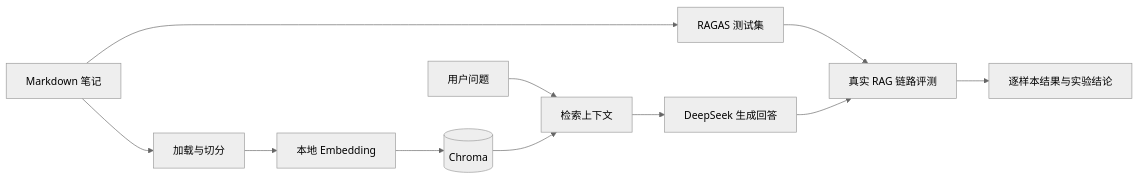
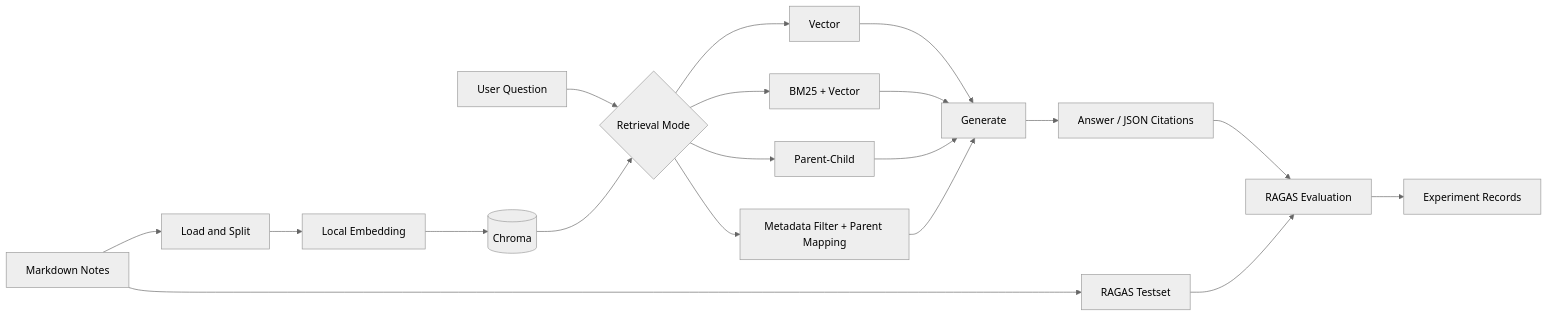
The diagram in README.md (WenEnguang/RAG), drawn with Mermaid (neutral theme) before and after one commit. The commit also changed other lines of this file, not shown here.

````diff
--- a/README.md
+++ b/README.md
@@ -63,15 +31,23 @@
 ```mermaid
 flowchart LR
-    A[Markdown 笔记] --> B[加载与切分]
-    B --> C[本地 Embedding]
+    A[Markdown Notes] --> B[Load and Split]
+    B --> C[Local Embedding]
     C --> D[(Chroma)]
 
-    Q[用户问题] --> R[检索上下文]
-    D --> R
-    R --> G[DeepSeek 生成回答]
+    Q[User Question] --> M{Retrieval Mode}
+    D --> M
+    M --> V[Vector]
+    M --> H[BM25 + Vector]
+    M --> P[Parent-Child]
+    M --> S[Metadata Filter + Parent Mapping]
+    V --> G[Generate]
+    H --> G
+    P --> G
+    S --> G
+    G --> O[Answer / JSON Citations]
 
-    A --> T[RAGAS 测试集]
-    T --> E[真实 RAG 链路评测]
-    G --> E
-    E --> X[逐样本结果与实验结论]
+    A --> T[RAGAS Testset]
+    O --> E[RAGAS Evaluation]
+    T --> E
+    E --> R[Experiment Records]
 ```
````
